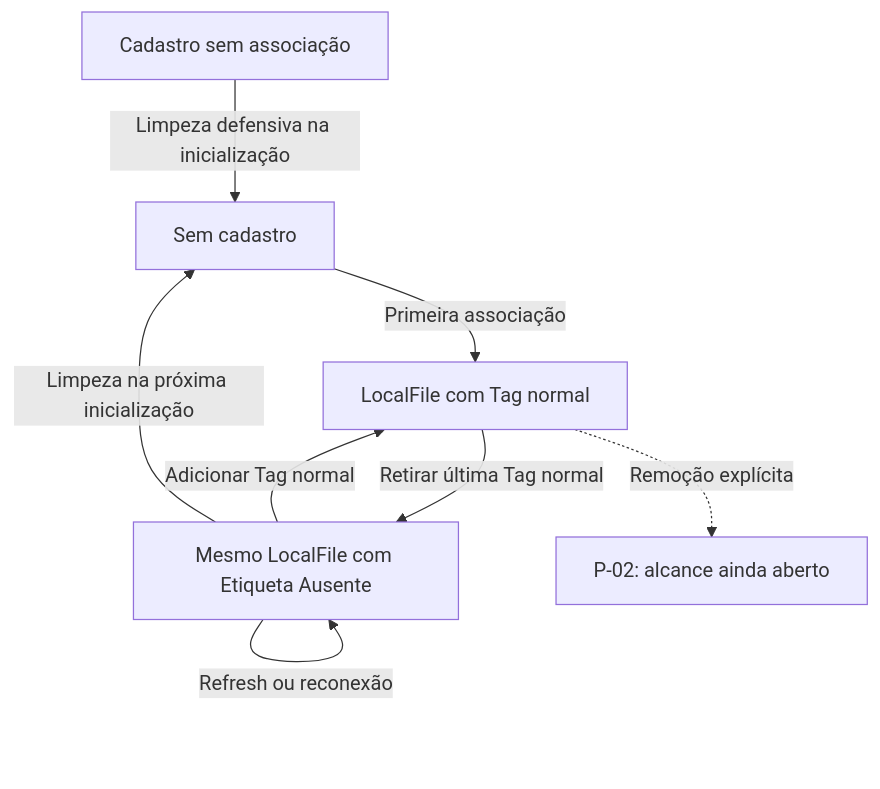
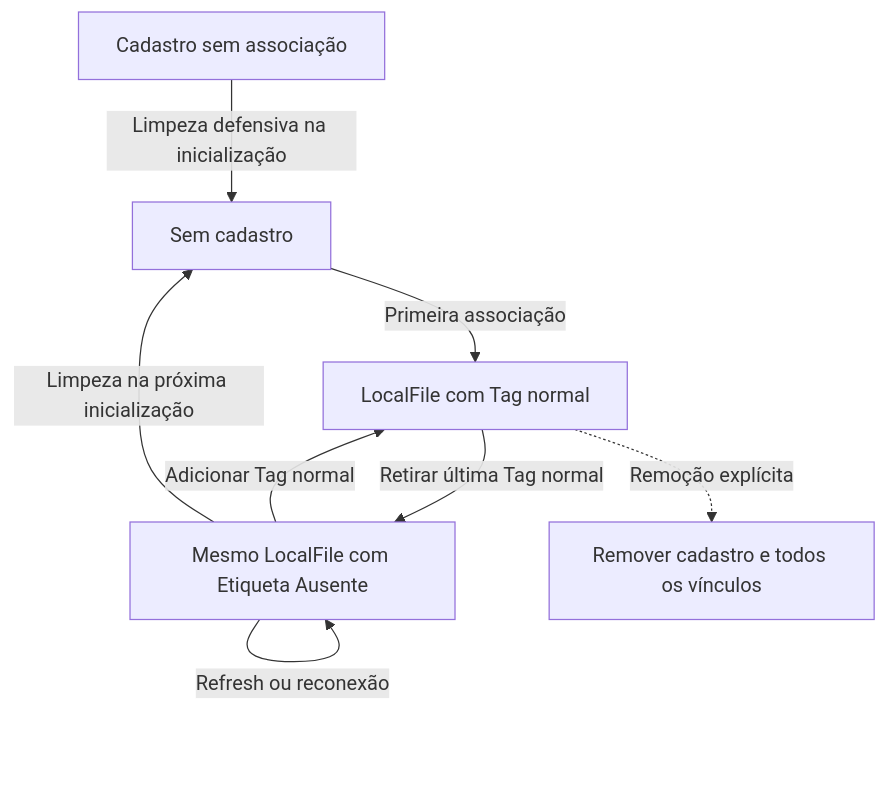
The second of 2 diagrams in doc/modelo-de-dominio.md (ARS1802/tag-file), drawn with Mermaid before and after one commit. The commit also changed other lines of this file and 67 other files, not shown here.

````diff
--- a/doc/modelo-de-dominio.md
+++ b/doc/modelo-de-dominio.md
@@ -117,10 +117,10 @@
 ```mermaid
 flowchart TD
     N["Sem cadastro"] -->|"Primeira associação"| C["LocalFile com Tag normal"]
     C -->|"Retirar última Tag normal"| S["Mesmo LocalFile com Etiqueta Ausente"]
     S -->|"Adicionar Tag normal"| C
     S -->|"Limpeza na próxima inicialização"| N
     O["Cadastro sem associação"] -->|"Limpeza defensiva na inicialização"| N
     S -->|"Refresh ou reconexão"| S
-    C -.->|"Remoção explícita"| P["P-02: alcance ainda aberto"]
+    C -.->|"Remoção explícita"| P["Remover cadastro e todos os vínculos"]
 ```
````
